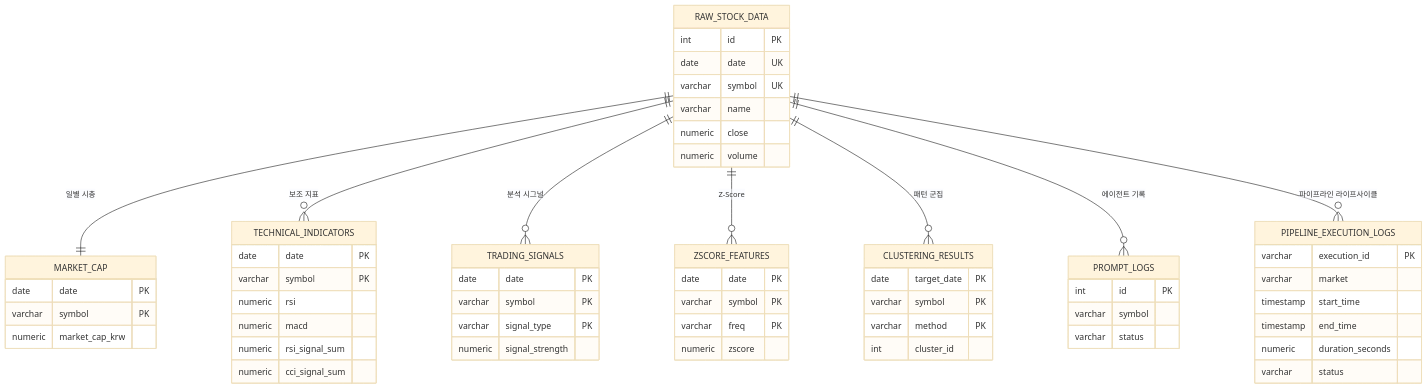
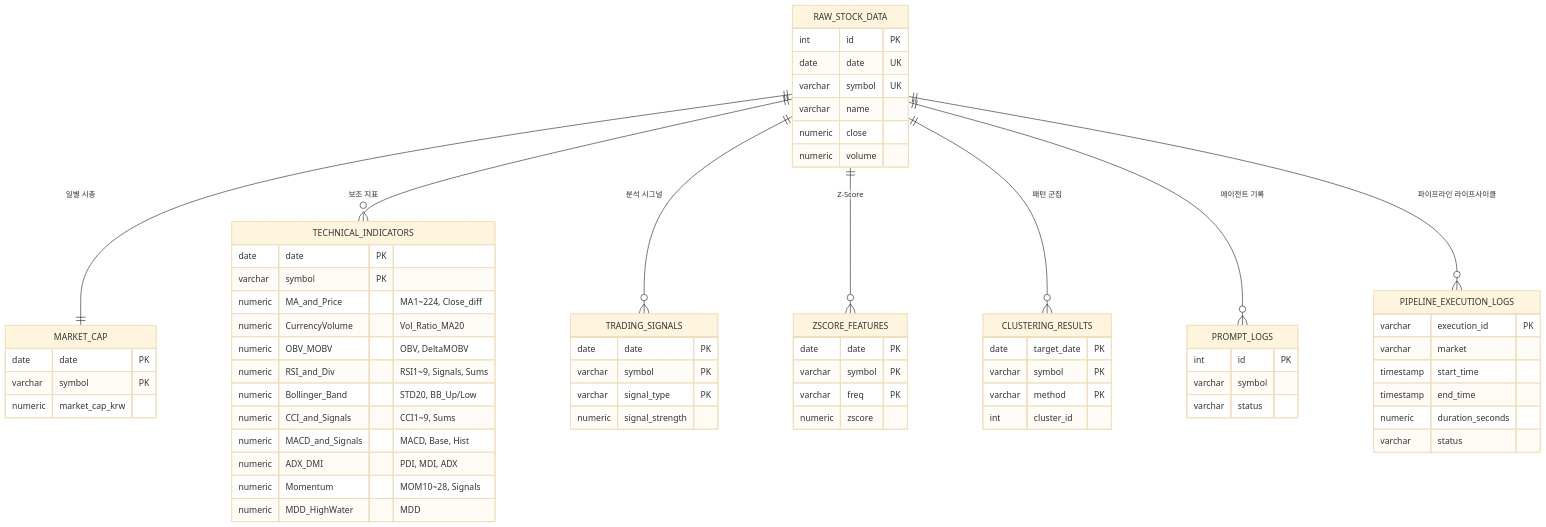
One commit to hugingstar/ggeolmu changed the second of 3 diagrams in README.md. Above: the diagram before and after it, drawn with Mermaid (base theme). The commit also changed other lines of this file, not shown here.

Commit message:
docs: Reorder sections and update ER diagram columns

````diff
--- a/README.md
+++ b/README.md
@@ -82,71 +82,77 @@
 ```mermaid
 erDiagram
     RAW_STOCK_DATA {
         int id PK
         date date UK
         varchar symbol UK
         varchar name
         numeric close
         numeric volume
     }
 
     MARKET_CAP {
         date date PK
         varchar symbol PK
         numeric market_cap_krw
     }
 
     TECHNICAL_INDICATORS {
         date date PK
         varchar symbol PK
-        numeric rsi
-        numeric macd
-        numeric rsi_signal_sum
-        numeric cci_signal_sum
+        numeric MA_and_Price "MA1~224, Close_diff"
+        numeric CurrencyVolume "Vol_Ratio_MA20"
+        numeric OBV_MOBV "OBV, DeltaMOBV"
+        numeric RSI_and_Div "RSI1~9, Signals, Sums"
+        numeric Bollinger_Band "STD20, BB_Up/Low"
+        numeric CCI_and_Signals "CCI1~9, Sums"
+        numeric MACD_and_Signals "MACD, Base, Hist"
+        numeric ADX_DMI "PDI, MDI, ADX"
+        numeric Momentum "MOM10~28, Signals"
+        numeric MDD_HighWater "MDD"
     }
 
     TRADING_SIGNALS {
         date date PK
         varchar symbol PK
         varchar signal_type PK
         numeric signal_strength
     }
 
     ZSCORE_FEATURES {
         date date PK
         varchar symbol PK
         varchar freq PK
         numeric zscore
     }
 
     CLUSTERING_RESULTS {
         date target_date PK
         varchar symbol PK
         varchar method PK
         int cluster_id
     }
 
     PROMPT_LOGS {
         int id PK
         varchar symbol
         varchar status
     }
 
     PIPELINE_EXECUTION_LOGS {
         varchar execution_id PK
         varchar market
         timestamp start_time
         timestamp end_time
         numeric duration_seconds
         varchar status
     }
 
     %% 수직 순차 방사형 관계 배치
     RAW_STOCK_DATA ||--|| MARKET_CAP : "일별 시총"
     RAW_STOCK_DATA ||--o{ TECHNICAL_INDICATORS : "보조 지표"
     RAW_STOCK_DATA ||--o{ TRADING_SIGNALS : "분석 시그널"
     RAW_STOCK_DATA ||--o{ ZSCORE_FEATURES : "Z-Score"
     RAW_STOCK_DATA ||--o{ CLUSTERING_RESULTS : "패턴 군집"
     RAW_STOCK_DATA ||--o{ PROMPT_LOGS : "에이전트 기록"
     RAW_STOCK_DATA ||--o{ PIPELINE_EXECUTION_LOGS : "파이프라인 라이프사이클"
 ```
````
